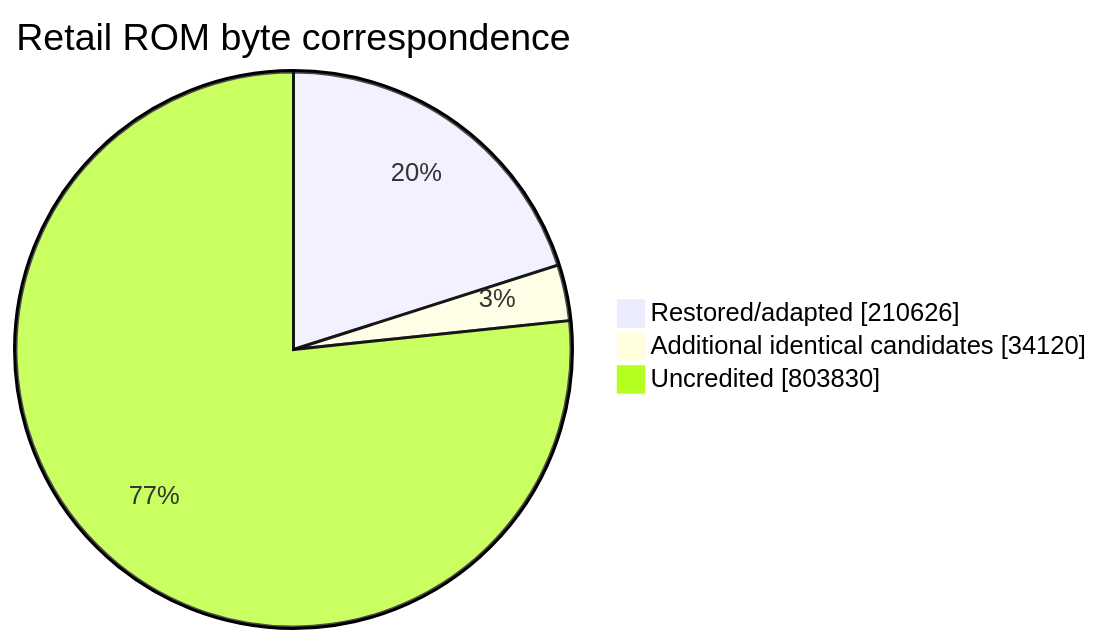
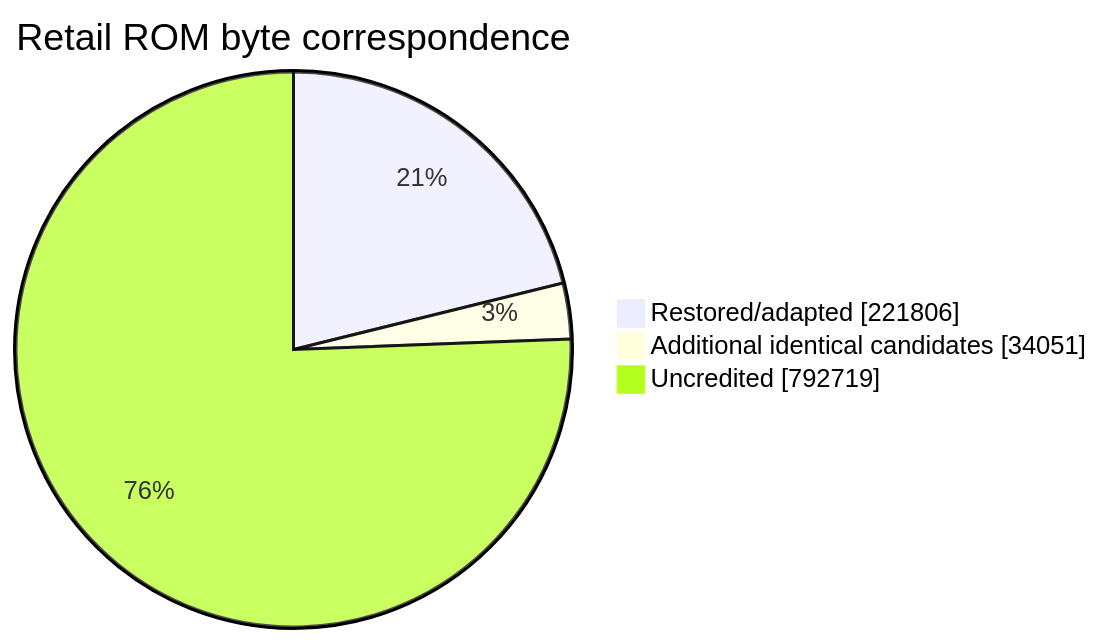
Before and after one commit to NachtRaveVL/stuntracefx: the second of 2 diagrams in readme.md, drawn with Mermaid. The commit also changed other lines of this file and 11 other files, not shown here.

````diff
--- a/readme.md
+++ b/readme.md
@@ -108,7 +108,7 @@
 ```mermaid
 pie showData
     title Retail ROM byte correspondence
-    "Restored/adapted" : 210626
-    "Additional identical candidates" : 34120
-    "Uncredited" : 803830
+    "Restored/adapted" : 221806
+    "Additional identical candidates" : 34051
+    "Uncredited" : 792719
 ```
````
